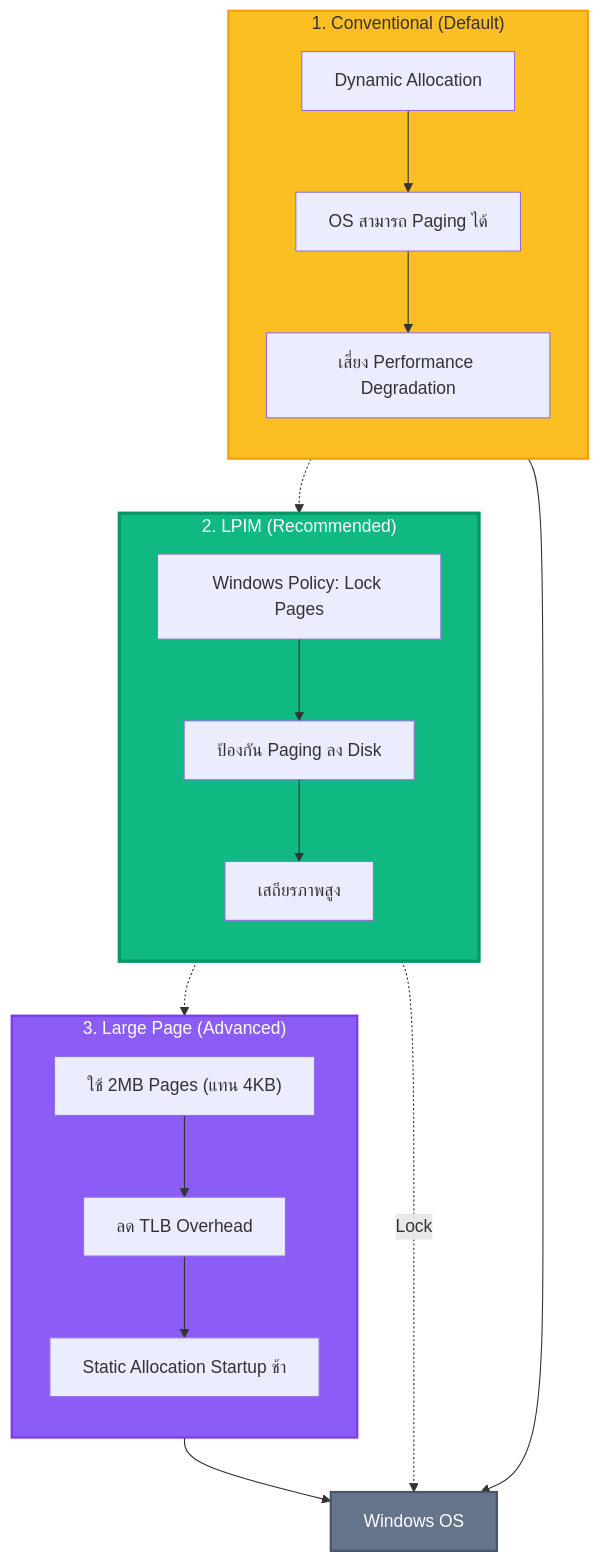
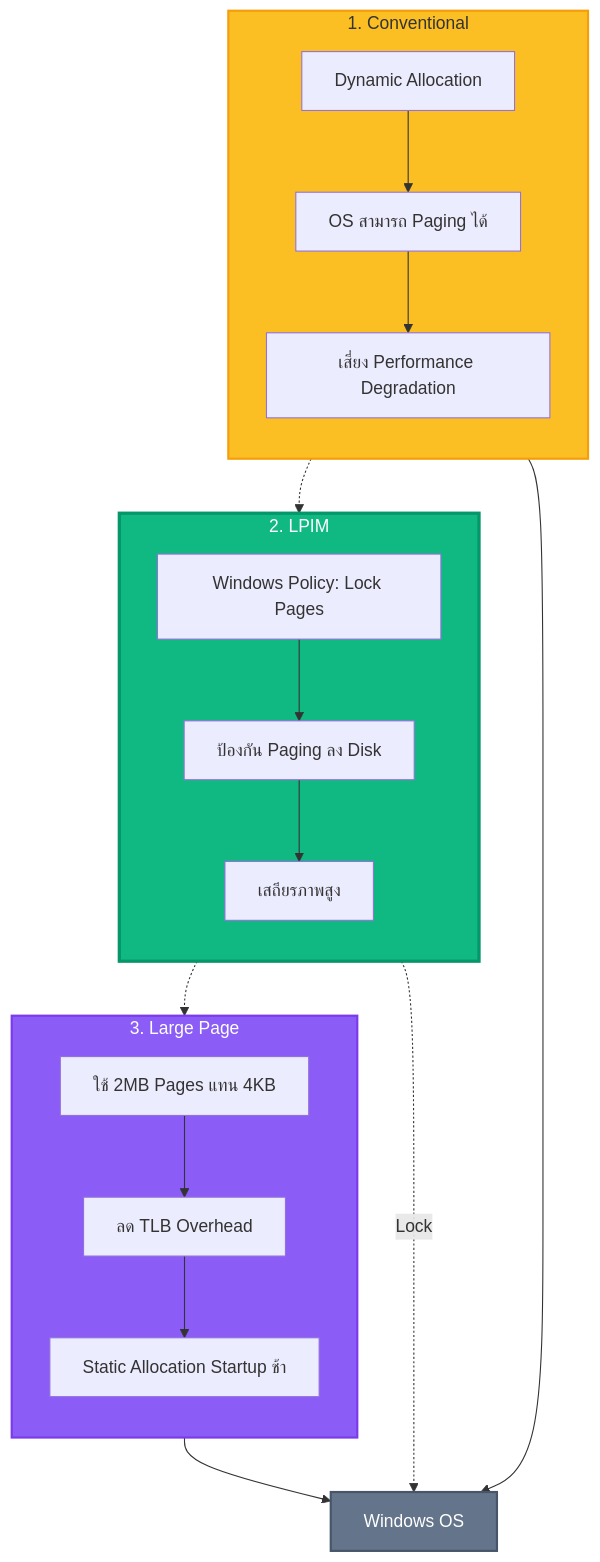
One commit to phakkhaphong/sql-server-performance-tuning changed the second of 7 diagrams in Module_04_Memory/README.md. Above: the diagram before and after it, drawn with Mermaid. The commit also changed other lines of this file, not shown here.

Commit message:
Standardize terminology and remove HTML line breaks in README diagrams for SQL Server Memory Models, enhancing clarity and consistency in visual representation.

````diff
--- a/Module_04_Memory/README.md
+++ b/Module_04_Memory/README.md
@@ -82,40 +82,40 @@
 ```mermaid
 flowchart TB
-    subgraph Conventional["1. Conventional (Default)"]
+    subgraph Conventional["1. Conventional"]
         direction TB
         C1["Dynamic Allocation"]
         C2["OS สามารถ Paging ได้"]
         C3["เสี่ยง Performance Degradation"]
         C1 --> C2 --> C3
     end
     
-    subgraph LPIM["2. LPIM (Recommended)"]
+    subgraph LPIM["2. LPIM"]
         direction TB
         L1["Windows Policy: Lock Pages"]
         L2["ป้องกัน Paging ลง Disk"]
         L3["เสถียรภาพสูง"]
         L1 --> L2 --> L3
     end
     
-    subgraph LargePage["3. Large Page (Advanced)"]
+    subgraph LargePage["3. Large Page"]
         direction TB
-        LP1["ใช้ 2MB Pages (แทน 4KB)"]
+        LP1["ใช้ 2MB Pages แทน 4KB"]
         LP2["ลด TLB Overhead"]
         LP3["Static Allocation Startup ช้า"]
         LP1 --> LP2 --> LP3
     end
     
     OS2["Windows OS"]
     
     C3 --> OS2
     L3 -.->|Lock| OS2
     LP3 --> OS2
     
     Conventional -.->| | LPIM
     LPIM -.->| | LargePage
     
     style Conventional fill:#fbbf24,stroke:#f59e0b,stroke-width:2px
     style LPIM fill:#10b981,stroke:#059669,stroke-width:3px,color:#fff
     style LargePage fill:#8b5cf6,stroke:#7c3aed,stroke-width:2px,color:#fff
     style OS2 fill:#64748b,stroke:#475569,stroke-width:2px,color:#fff
 ```
````
